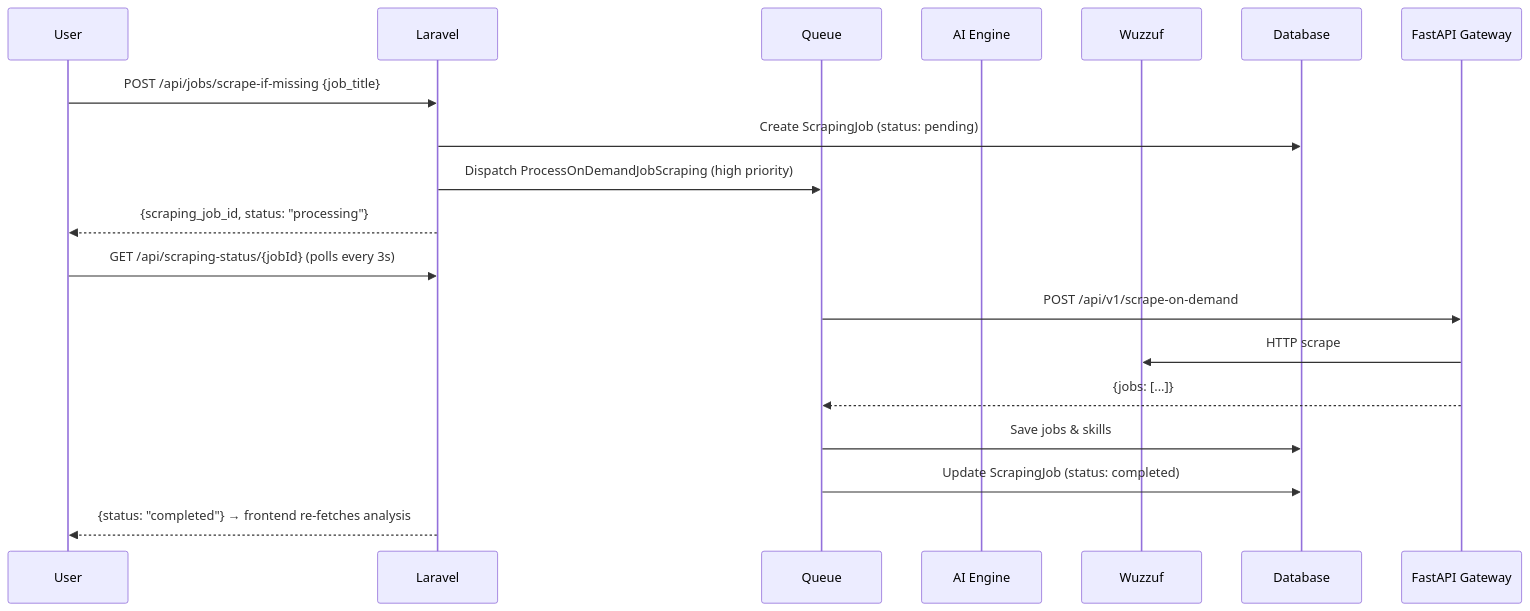
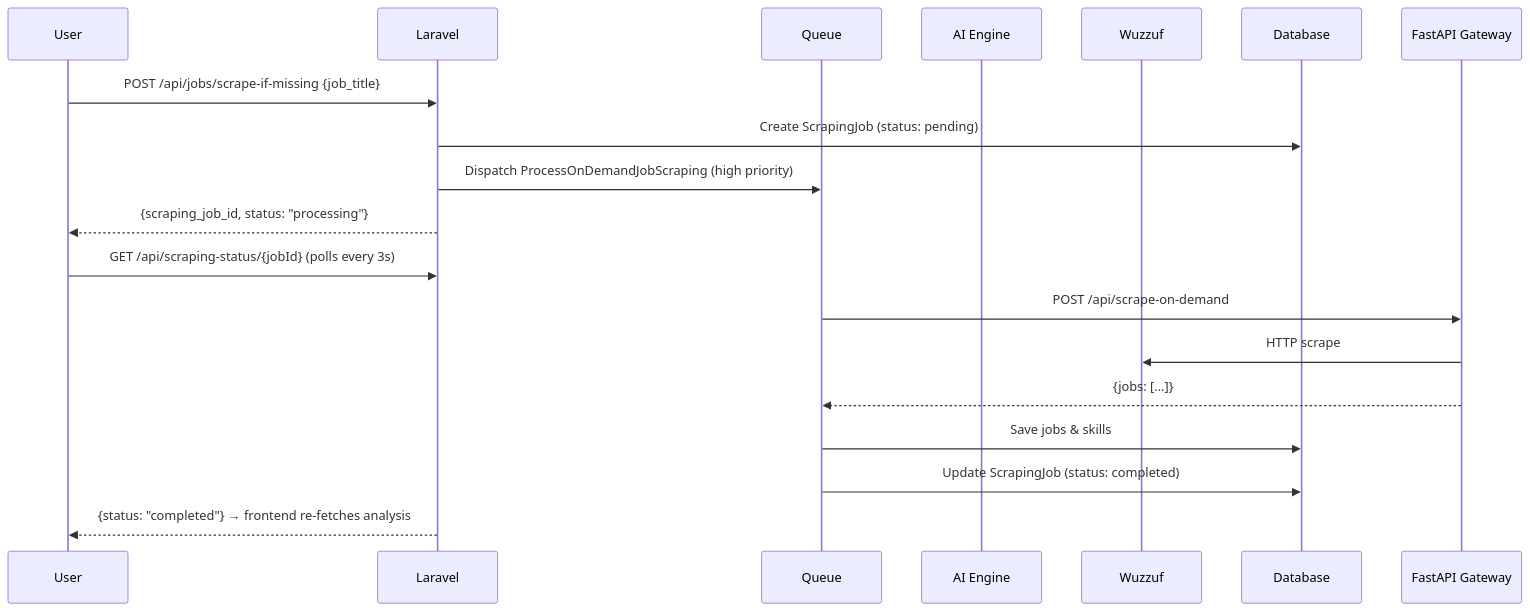
Before and after one commit to YousefAlTohamy/CareerCompass: the fifth of 7 diagrams in README.md, drawn with Mermaid. The commit also changed other lines of this file and 7 other files, not shown here.

````diff
--- a/README.md
+++ b/README.md
@@ -761,20 +893,20 @@
 ```mermaid
 sequenceDiagram
     participant User
     participant Laravel
     participant Queue
     participant AI Engine
     participant Wuzzuf
 
     User->>Laravel: POST /api/jobs/scrape-if-missing {job_title}
     Laravel->>Database: Create ScrapingJob (status: pending)
     Laravel->>Queue: Dispatch ProcessOnDemandJobScraping (high priority)
     Laravel-->>User: {scraping_job_id, status: "processing"}
     User->>Laravel: GET /api/scraping-status/{jobId} (polls every 3s)
-    Queue->>FastAPI Gateway: POST /api/v1/scrape-on-demand
+    Queue->>FastAPI Gateway: POST /api/scrape-on-demand
     FastAPI Gateway->>Wuzzuf: HTTP scrape
     FastAPI Gateway-->>Queue: {jobs: [...]}
     Queue->>Database: Save jobs & skills
     Queue->>Database: Update ScrapingJob (status: completed)
     Laravel-->>User: {status: "completed"} → frontend re-fetches analysis
 ```
````
